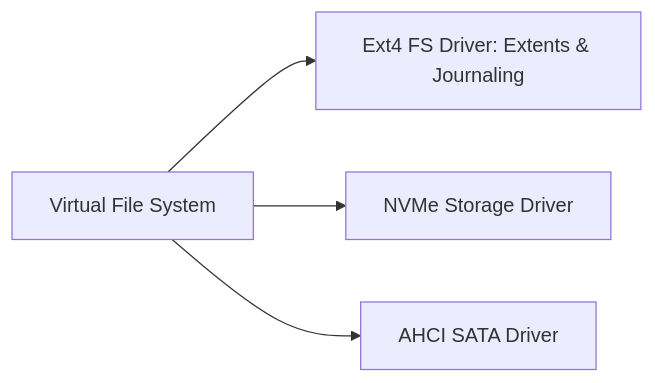
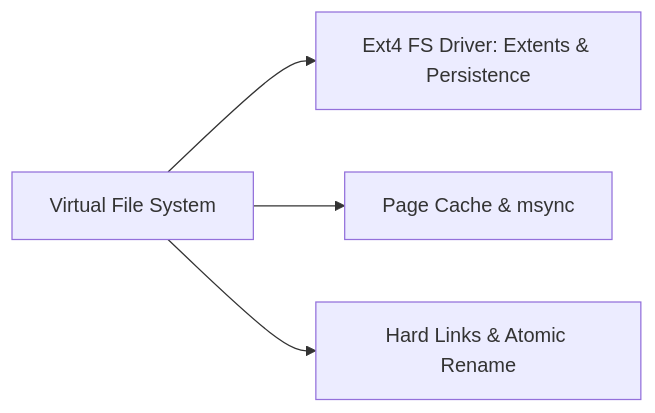
One commit to Kontsnor/KontsnorOS changed the fourth of 6 diagrams in docs/roadmap.md. Above: the diagram before and after it, drawn with Mermaid. The commit also changed other lines of this file and 3 other files, not shown here.

````diff
--- a/docs/roadmap.md
+++ b/docs/roadmap.md
@@ -107,6 +116,6 @@
 ```mermaid
 flowchart LR
-    VFS[Virtual File System] --> Ext4[Ext4 FS Driver: Extents & Journaling]
-    VFS --> NVMe[NVMe Storage Driver]
-    VFS --> AHCI[AHCI SATA Driver]
+    VFS[Virtual File System] --> Ext4[Ext4 FS Driver: Extents & Persistence]
+    VFS --> PageCache[Page Cache & msync]
+    VFS --> Hardlinks[Hard Links & Atomic Rename]
 ```
````
